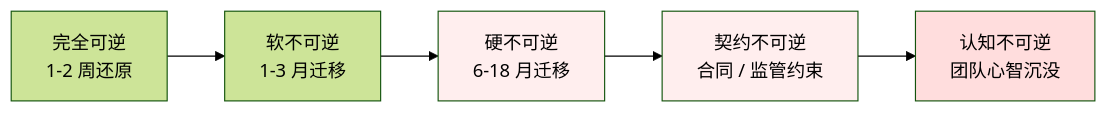
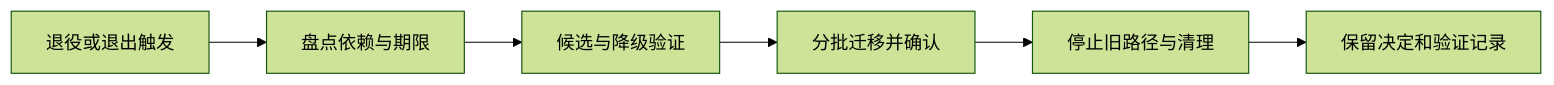
The second of 2 diagrams in 架构/05-不可逆决策与Day2状态.md (oh-my-vibe-coding/ai-reliability-architecture), drawn with Mermaid (forest theme) before and after one commit. The commit also changed other lines of this file and 67 other files, not shown here.

````diff
--- a/架构/05-不可逆决策与Day2状态.md
+++ b/架构/05-不可逆决策与Day2状态.md
@@ -20,11 +146,8 @@
 ```mermaid
 flowchart LR
-    R[完全可逆<br/>1-2 周还原] --> SR[软不可逆<br/>1-3 月迁移]
-    SR --> HR[硬不可逆<br/>6-18 月迁移]
-    HR --> CR[契约不可逆<br/>合同 / 监管约束]
-    CR --> CG[认知不可逆<br/>团队心智沉没]
-
-    style HR fill:#fee
-    style CR fill:#fee
-    style CG fill:#fdd
+    N[退役或退出触发] --> I[盘点依赖与期限]
+    I --> A[候选与降级验证]
+    A --> M[分批迁移并确认]
+    M --> C[停止旧路径与清理]
+    C --> R[保留决定和验证记录]
 ```
````
